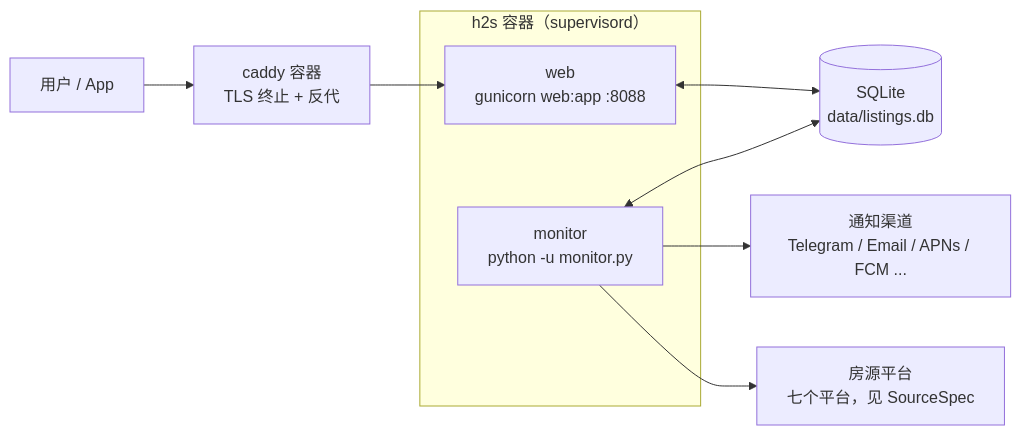
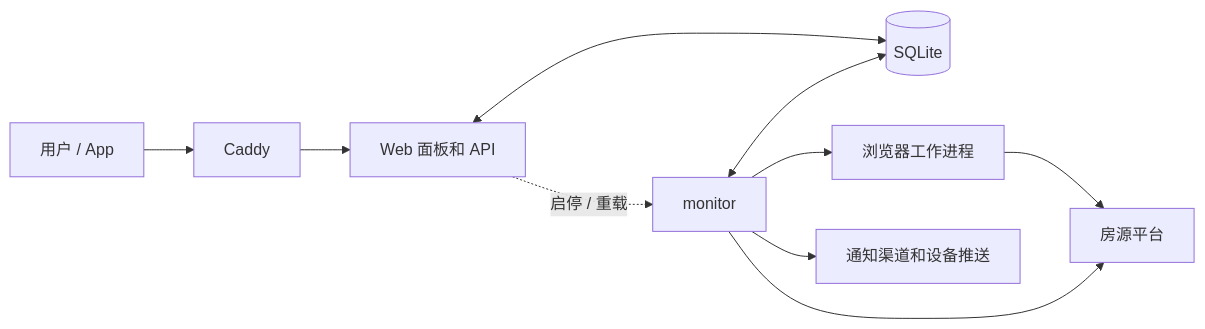
The first of 2 diagrams in docs/ARCHITECTURE.md (751K/holland2stay-monitor), drawn with Mermaid before and after one commit. The commit also changed other lines of this file and 43 other files, not shown here.

````diff
--- a/docs/ARCHITECTURE.md
+++ b/docs/ARCHITECTURE.md
@@ -17,15 +19,12 @@
 ```mermaid
 flowchart LR
-    U["用户 / App"] --> C["caddy 容器<br/>TLS 终止 + 反代"]
-    C --> W
-
-    subgraph H["h2s 容器（supervisord）"]
-        W["web<br/>gunicorn web:app :8088"]
-        M["monitor<br/>python -u monitor.py"]
-    end
-
-    W <--> DB[("SQLite<br/>data/listings.db")]
-    M <--> DB
-    M --> N["通知渠道<br/>Telegram / Email / APNs / FCM ..."]
-    M --> S["房源平台<br/>七个平台，见 SourceSpec"]
+    U[用户 / App] --> C[Caddy]
+    C --> W[Web 面板和 API]
+    W <--> DB[(SQLite)]
+    M[monitor] <--> DB
+    M --> B[浏览器工作进程]
+    B --> S[房源平台]
+    M --> S
+    M --> N[通知渠道和设备推送]
+    W -. 启停 / 重载 .-> M
 ```
````
